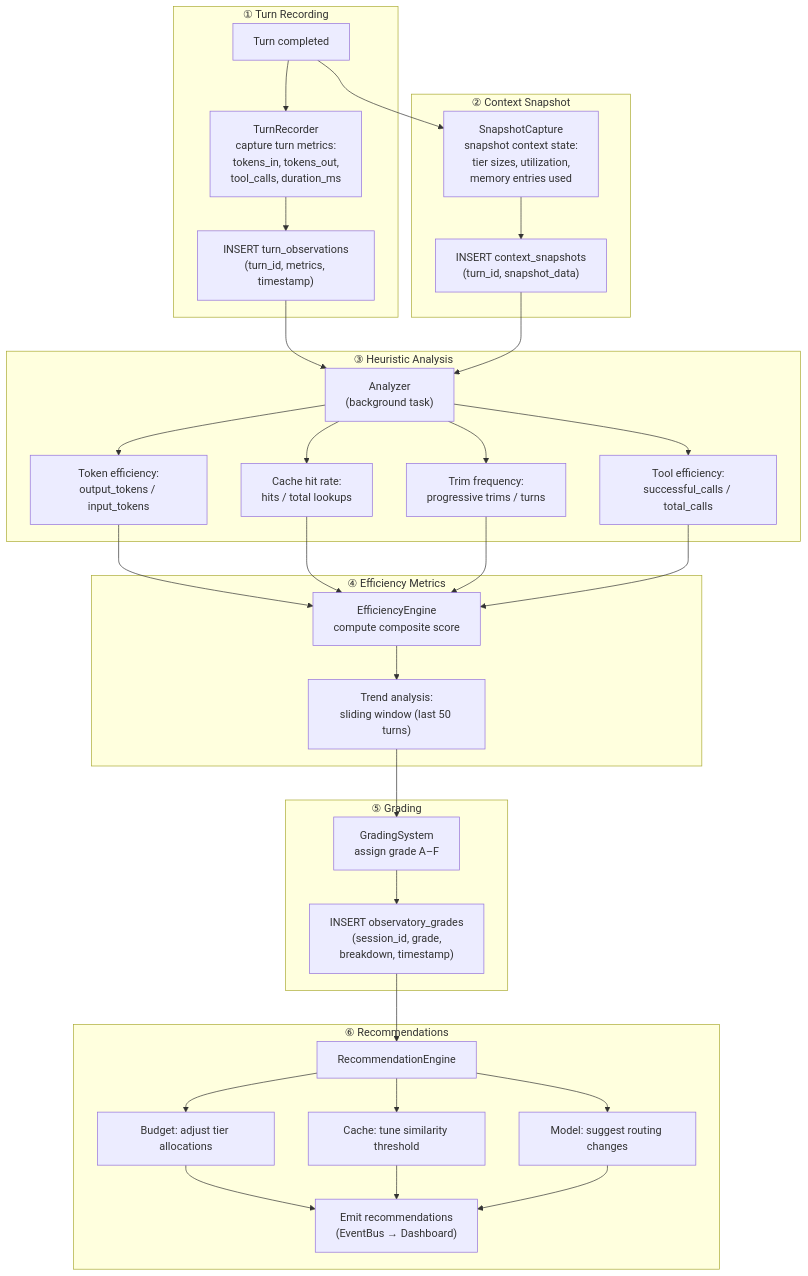
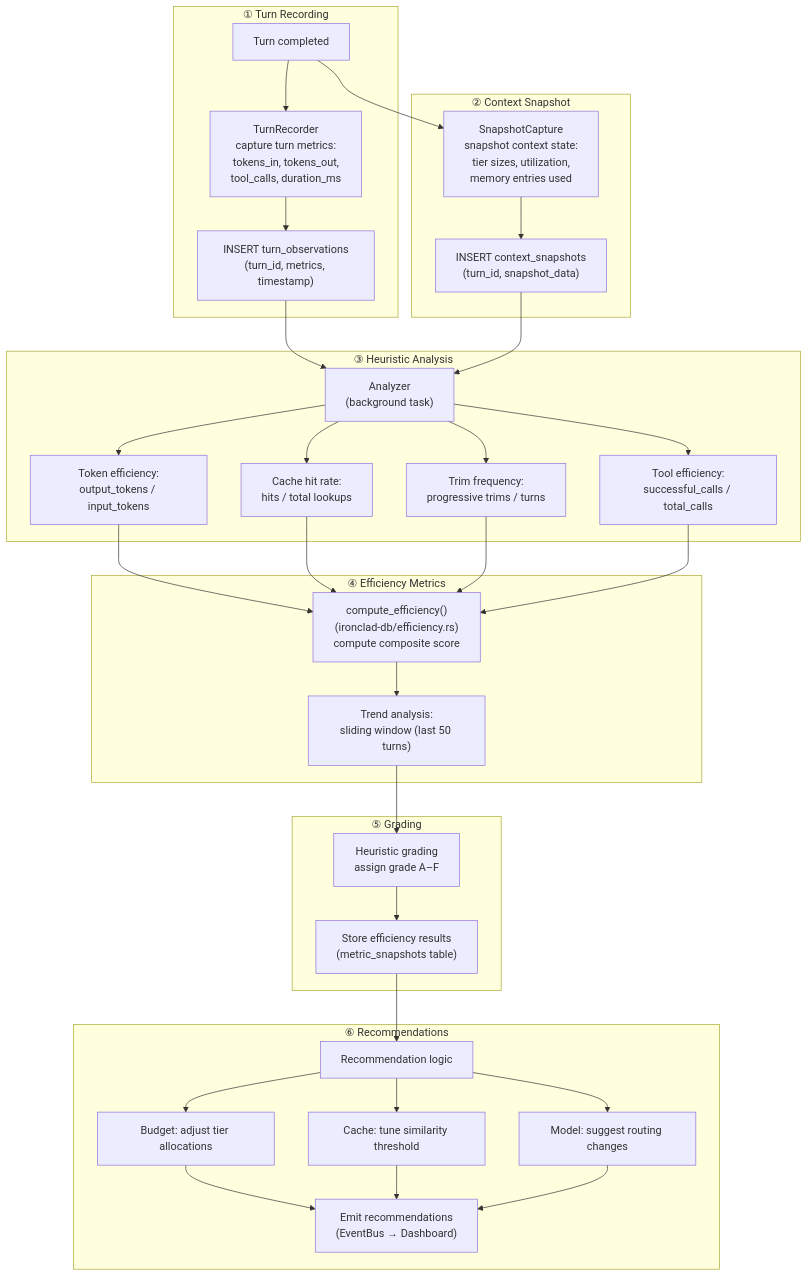
Diagram 18 of 21 in docs/architecture/ironclad-dataflow.md (robot-accomplice/ironclad), drawn with Mermaid before and after one commit. The commit also changed other lines of this file and 16 other files, not shown here.

First line of the commit message:
docs: remediate architecture drift — update all diagrams to v0.8.0

````diff
--- a/docs/architecture/ironclad-dataflow.md
+++ b/docs/architecture/ironclad-dataflow.md
@@ -888,39 +887,39 @@
 ```mermaid
 flowchart TD
     subgraph Record["① Turn Recording"]
         TURN["Turn completed"]
         TURN --> RECORDER["TurnRecorder<br/>capture turn metrics:<br/>tokens_in, tokens_out,<br/>tool_calls, duration_ms"]
         RECORDER --> PERSIST_TURN["INSERT turn_observations<br/>(turn_id, metrics, timestamp)"]
     end
 
     subgraph Snapshot["② Context Snapshot"]
         TURN --> CAPTURE["SnapshotCapture<br/>snapshot context state:<br/>tier sizes, utilization,<br/>memory entries used"]
         CAPTURE --> PERSIST_SNAP["INSERT context_snapshots<br/>(turn_id, snapshot_data)"]
     end
 
     subgraph Analyze["③ Heuristic Analysis"]
         PERSIST_TURN & PERSIST_SNAP --> ANALYZER["Analyzer<br/>(background task)"]
         ANALYZER --> TOKEN_RATIO["Token efficiency:<br/>output_tokens / input_tokens"]
         ANALYZER --> CACHE_RATE["Cache hit rate:<br/>hits / total lookups"]
         ANALYZER --> TRIM_FREQ["Trim frequency:<br/>progressive trims / turns"]
         ANALYZER --> TOOL_EFF["Tool efficiency:<br/>successful_calls / total_calls"]
     end
 
     subgraph Efficiency["④ Efficiency Metrics"]
-        TOKEN_RATIO & CACHE_RATE & TRIM_FREQ & TOOL_EFF --> ENGINE["EfficiencyEngine<br/>compute composite score"]
+        TOKEN_RATIO & CACHE_RATE & TRIM_FREQ & TOOL_EFF --> ENGINE["compute_efficiency()<br/>(ironclad-db/efficiency.rs)<br/>compute composite score"]
         ENGINE --> TREND["Trend analysis:<br/>sliding window (last 50 turns)"]
     end
 
     subgraph Grade["⑤ Grading"]
-        TREND --> GRADING["GradingSystem<br/>assign grade A–F"]
-        GRADING --> STORE_GRADE["INSERT observatory_grades<br/>(session_id, grade,<br/>breakdown, timestamp)"]
+        TREND --> GRADING["Heuristic grading<br/>assign grade A–F"]
+        GRADING --> STORE_GRADE["Store efficiency results<br/>(metric_snapshots table)"]
     end
 
     subgraph Recommend["⑥ Recommendations"]
-        STORE_GRADE --> REC_ENGINE["RecommendationEngine"]
+        STORE_GRADE --> REC_ENGINE["Recommendation logic"]
         REC_ENGINE --> REC_BUDGET["Budget: adjust tier allocations"]
         REC_ENGINE --> REC_CACHE["Cache: tune similarity threshold"]
         REC_ENGINE --> REC_MODEL["Model: suggest routing changes"]
         REC_BUDGET & REC_CACHE & REC_MODEL --> EMIT["Emit recommendations<br/>(EventBus → Dashboard)"]
     end
 ```
````
